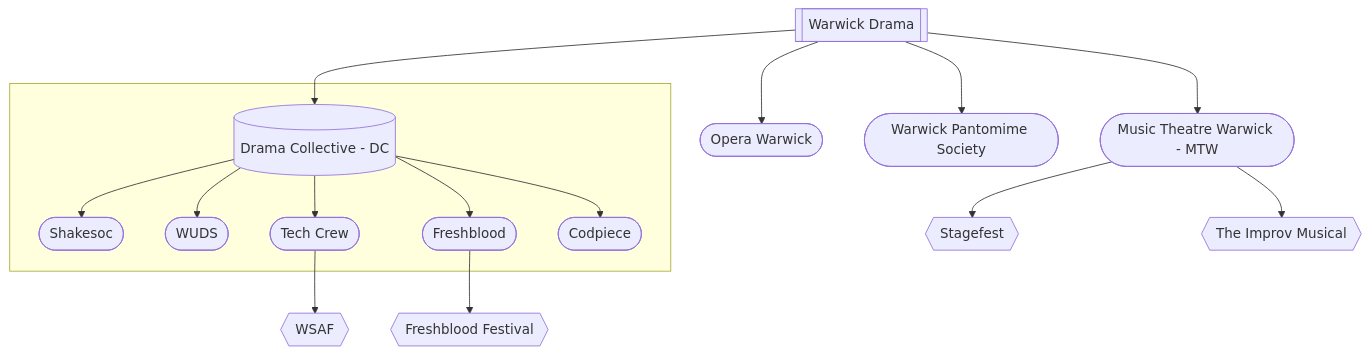
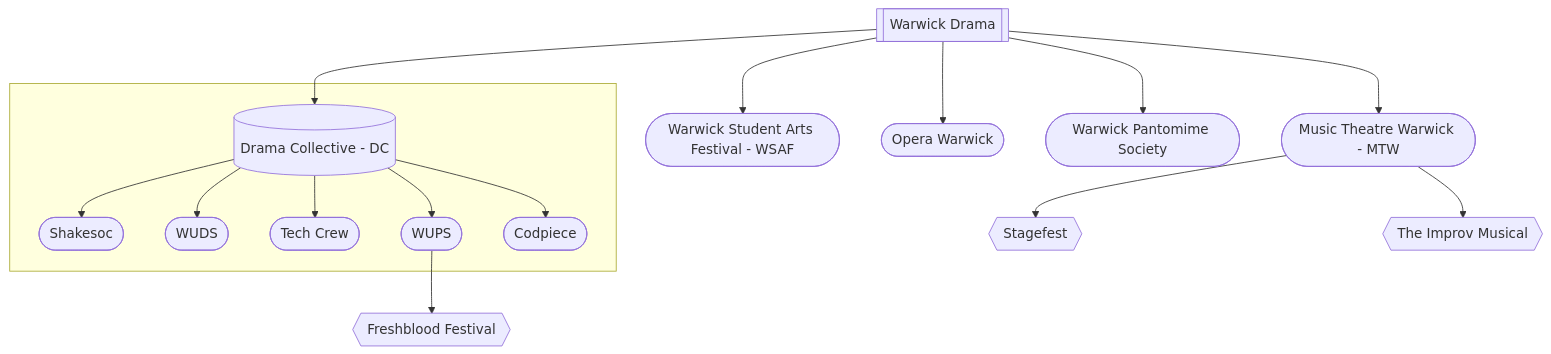
One commit to WarwickTechCrew/tc-website-wiki changed the diagram in wiki/02-warwick-drama/index.md. Above: the diagram before and after it, drawn with Mermaid.

````diff
--- a/wiki/02-warwick-drama/index.md
+++ b/wiki/02-warwick-drama/index.md
@@ -16,20 +16,20 @@
 ```mermaid
 flowchart TD
     WD[[Warwick Drama]]
     WD --> MTW([Music Theatre Warwick - MTW])
+    WD --> WSAF([Warwick Student Arts Festival - WSAF])
     WD --> Opera([Opera Warwick])
-    WD --> PO
+    WD --> PO([Warwick Pantomime Society])
     WD --> DC[(Drama Collective - DC)]
     subgraph " "
         DC --> SS([Shakesoc])
         DC --> WUDS([WUDS])
         DC --> TC([Tech Crew])
-        DC --> FB([Freshblood])
+        DC --> WUPS([WUPS])
         DC --> CP([Codpiece])
     end
-    TC --> WSAF{{WSAF}}
     MTW --> SF{{Stagefest}}
     MTW --> IM{{The Improv Musical}}
-    FB --> FF{{Freshblood Festival}}
-    PO([Warwick Pantomime Society])
+    WUPS --> FF{{Freshblood Festival}}
+    
 ```
````
